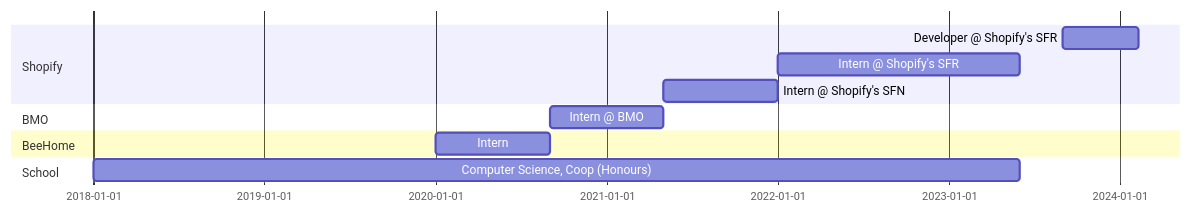
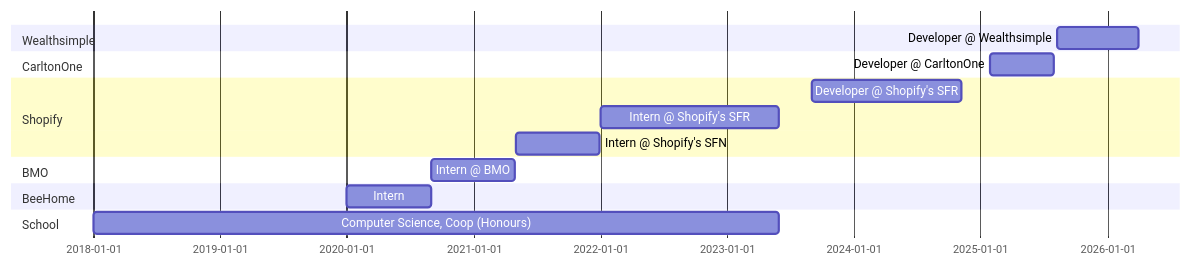
Before and after one commit to trevor-clarke/trevor-clarke: the diagram in README.md, drawn with Mermaid.

Commit message:
Update timeline for Shopify and add new sections

````diff
--- a/README.md
+++ b/README.md
@@ -13,20 +13,24 @@
 ```mermaid
-
 gantt
     dateFormat  YYYY-MM-DD
 
+    section Wealthsimple
+    Developer @ Wealthsimple :2025-08-08, 2026-04-01
+
+    section CarltonOne
+    Developer @ CarltonOne :2025-01-27, 2025-08-01
+
     section Shopify
-    Developer @ Shopify's SFR :a1, 2023-09-01, 2024-02-09
-    Intern @ Shopify's SFR    :after a1, 2022-01-01, 2023-05-31
-    Intern @ Shopify's SFN :2021-05-01, 2021-12-31
+    Developer @ Shopify's SFR :a1, 2023-09-01, 2024-11-07
+    Intern @ Shopify's SFR    :2022-01-01, 2023-05-31
+    Intern @ Shopify's SFN    :2021-05-01, 2021-12-31
 
     section BMO
     Intern @ BMO    :2020-09-01, 2021-04-30
 
     section BeeHome
     Intern    :2020-01-01, 2020-08-31
 
     section School
     Computer Science, Coop (Honours) :2018-01-01, 2023-05-31
-    
 ```
````
